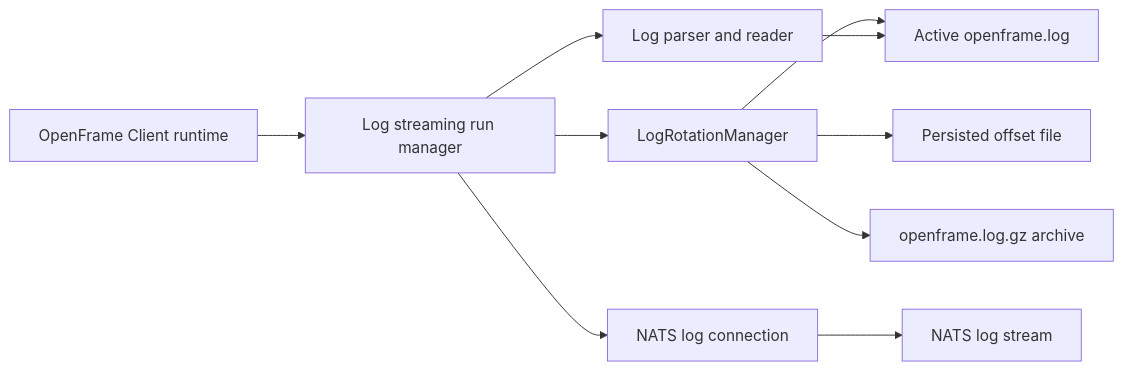
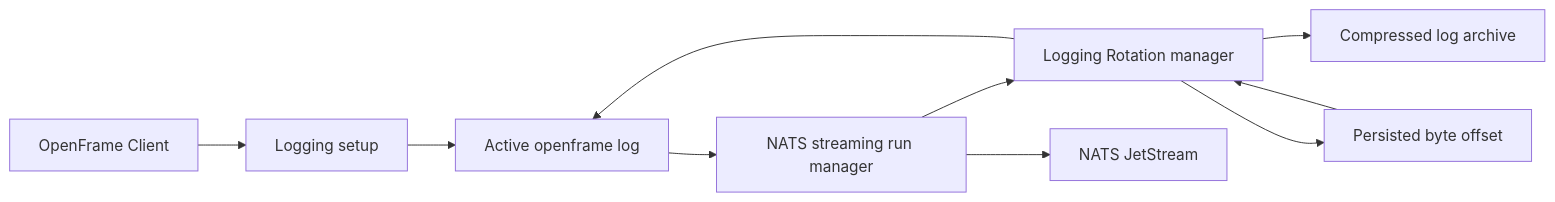
Before and after one commit to flamingo-stack/openframe-oss-tenant: the first of 4 diagrams in docs/reference/architecture/openframe-client-core/logging-rotation/logging-rotation.md, drawn with Mermaid. The commit also changed other lines of this file and 2377 other files, not shown here.

````diff
--- a/docs/reference/architecture/openframe-client-core/logging-rotation/logging-rotation.md
+++ b/docs/reference/architecture/openframe-client-core/logging-rotation/logging-rotation.md
@@ -23,12 +21,12 @@
 ```mermaid
 flowchart LR
-    AgentRuntime["OpenFrame Client runtime"] --> StreamManager["Log streaming run manager"]
-    StreamManager --> RotationManager["LogRotationManager"]
-    StreamManager --> Parser["Log parser and reader"]
-    StreamManager --> NatsConnection["NATS log connection"]
-    RotationManager --> ActiveLog["Active openframe.log"]
-    RotationManager --> OffsetFile["Persisted offset file"]
-    RotationManager --> Archive["openframe.log.gz archive"]
-    Parser --> ActiveLog
-    NatsConnection --> RemoteLogs["NATS log stream"]
+    Client["OpenFrame Client"] --> Setup["Logging setup"]
+    Setup --> ActiveLog["Active openframe log"]
+    Streamer["NATS streaming run manager"] --> Rotation["Logging Rotation manager"]
+    ActiveLog --> Streamer
+    Offset["Persisted byte offset"] --> Rotation
+    Rotation --> Archive["Compressed log archive"]
+    Rotation --> ActiveLog
+    Rotation --> Offset
+    Streamer --> Nats["NATS JetStream"]
 ```
````
